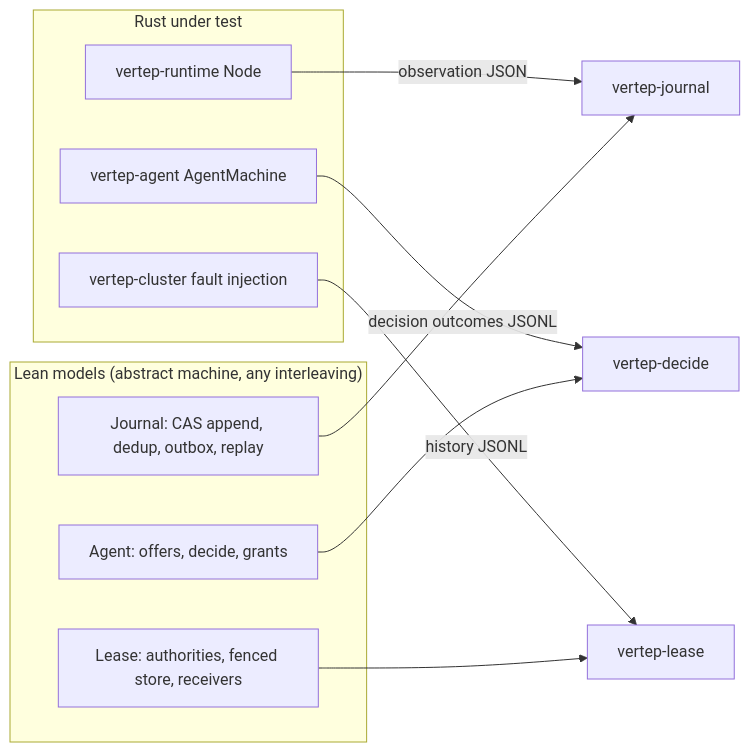
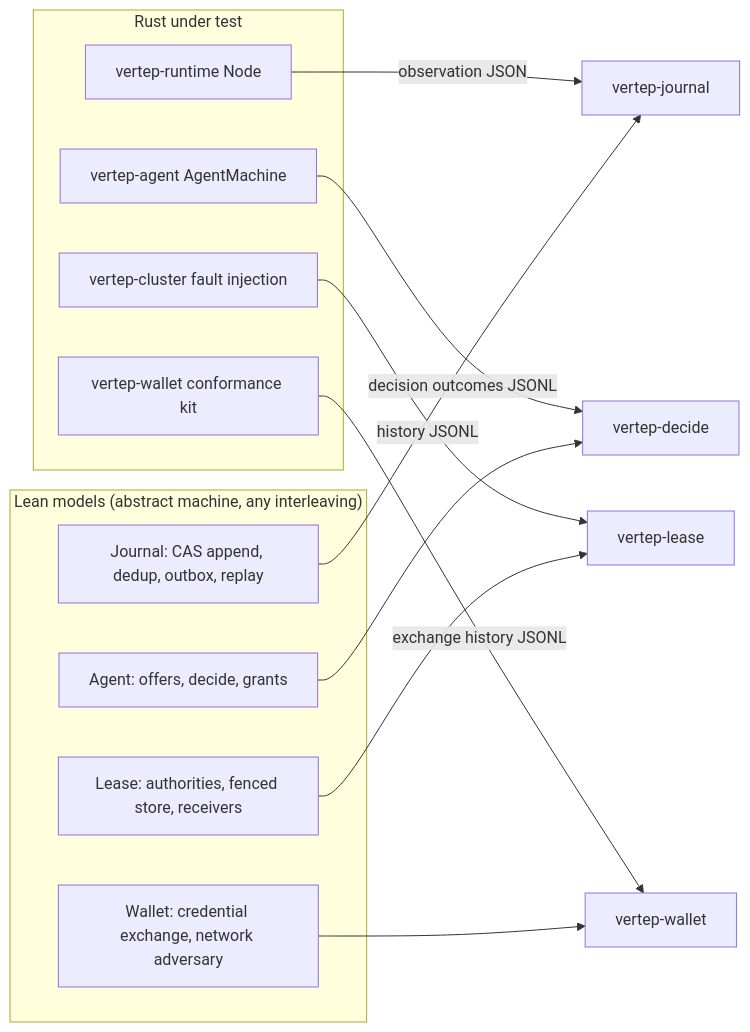
One commit to Volland/vertep changed the fifth of 11 diagrams in tg.md/views/verification.md. Above: the diagram before and after it, drawn with Mermaid. The commit also changed other lines of this file and 20 other files, not shown here.

First line of the commit message:
M9 Lean: the wallet exchange model, six safety theorems, the audience counterexample and the vertep-wallet checker; format tests

````diff
--- a/tg.md/views/verification.md
+++ b/tg.md/views/verification.md
@@ -200,19 +202,23 @@
 ```mermaid
 flowchart LR
     subgraph models["Lean models (abstract machine, any interleaving)"]
         J["Journal: CAS append, dedup, outbox, replay"]
         A["Agent: offers, decide, grants"]
         L["Lease: authorities, fenced store, receivers"]
+        W["Wallet: credential exchange, network adversary"]
     end
     subgraph rust["Rust under test"]
         RT["vertep-runtime Node"]
         AG["vertep-agent AgentMachine"]
         CL["vertep-cluster fault injection"]
+        WK["vertep-wallet conformance kit"]
     end
     RT -- "observation JSON" --> OJ["vertep-journal"]
     AG -- "decision outcomes JSONL" --> OD["vertep-decide"]
     CL -- "history JSONL" --> OL["vertep-lease"]
     J --> OJ
     A --> OD
     L --> OL
+    WK -- "exchange history JSONL" --> OW["vertep-wallet"]
+    W --> OW
 ```
````
